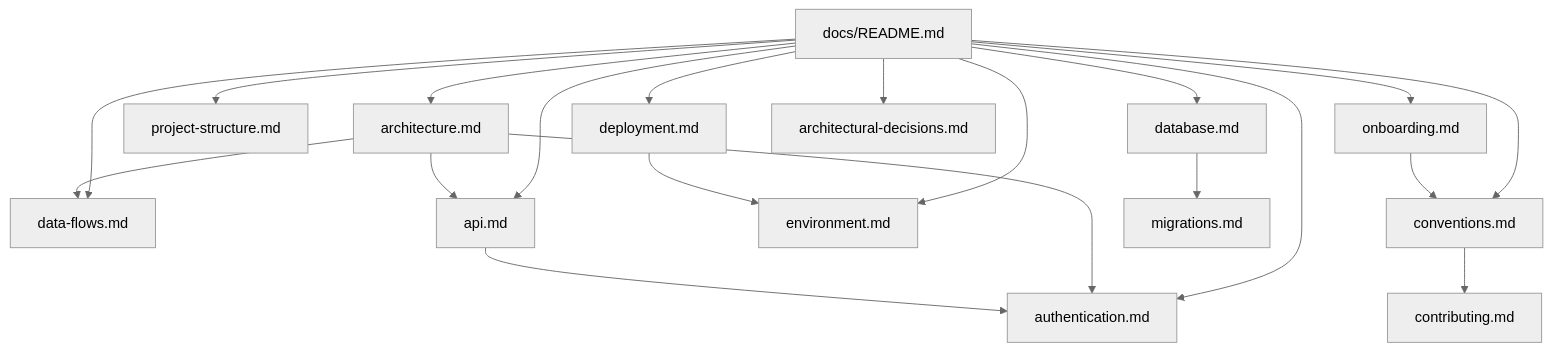
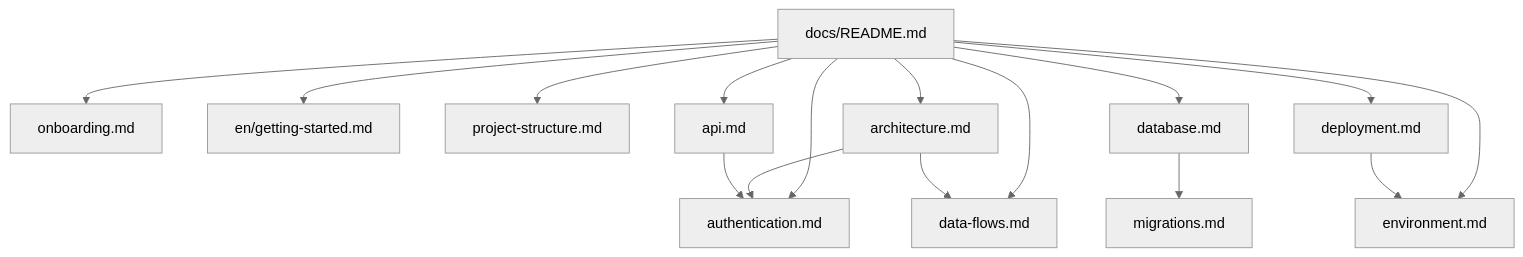
The diagram in docs/README.md (Guia-de-Bolso/guia-de-bolso), drawn with Mermaid (neutral theme) before and after one commit. The commit also changed other lines of this file and 47 other files, not shown here.

````diff
--- a/docs/README.md
+++ b/docs/README.md
@@ -79,23 +109,19 @@
 ```mermaid
 flowchart TB
   HUB[docs/README.md]
   HUB --> ONB[onboarding.md]
+  HUB --> GS[en/getting-started.md]
   HUB --> STRUCT[project-structure.md]
   HUB --> ARCH[architecture.md]
   HUB --> AUTH[authentication.md]
   HUB --> DATA[data-flows.md]
   HUB --> API[api.md]
   HUB --> DB[database.md]
   HUB --> ENV[environment.md]
   HUB --> DEP[deployment.md]
-  HUB --> ADR[architectural-decisions.md]
-  HUB --> CONV[conventions.md]
   ARCH --> AUTH
   ARCH --> DATA
-  ARCH --> API
   DB --> MIG[migrations.md]
   DEP --> ENV
   API --> AUTH
-  ONB --> CONV
-  CONV --> CONTRIB[contributing.md]
 ```
````
